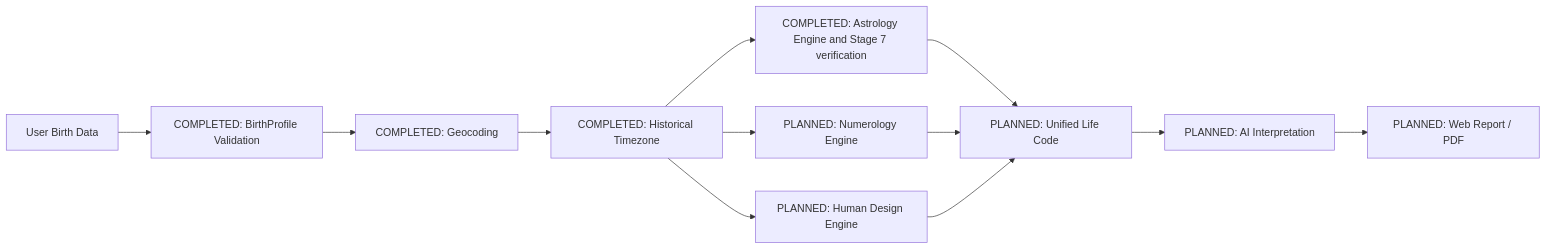
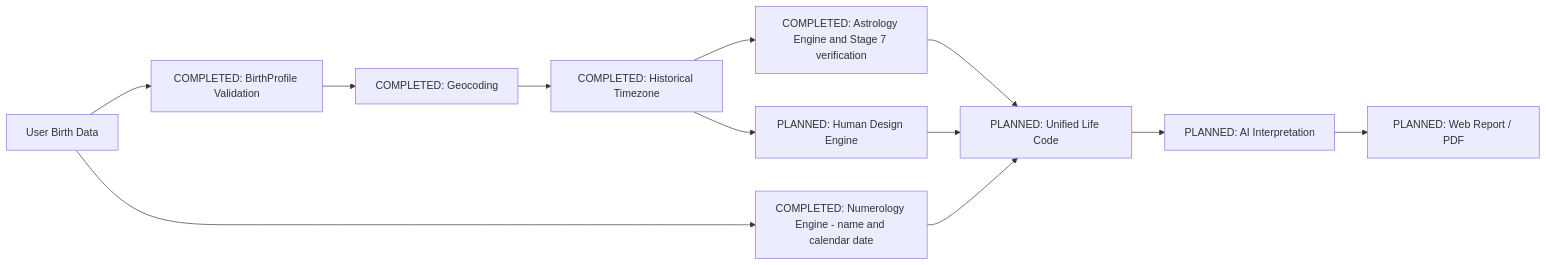
One commit to ismailbuzdan/yasam-kodu changed the diagram in docs/02_ARCHITECTURE.md. Above: the diagram before and after it, drawn with Mermaid. The commit also changed other lines of this file and 15 other files, not shown here.

Commit message:
feat: add deterministic numerology engine

````diff
--- a/docs/02_ARCHITECTURE.md
+++ b/docs/02_ARCHITECTURE.md
@@ -13,14 +13,14 @@
 ```mermaid
 flowchart LR
   A[User Birth Data] --> B[COMPLETED: BirthProfile Validation]
   B --> C[COMPLETED: Geocoding]
   C --> D[COMPLETED: Historical Timezone]
   D --> E[COMPLETED: Astrology Engine and Stage 7 verification]
-  D --> F[PLANNED: Numerology Engine]
+  A --> F[COMPLETED: Numerology Engine - name and calendar date]
   D --> G[PLANNED: Human Design Engine]
   E --> H[PLANNED: Unified Life Code]
   F --> H
   G --> H
   H --> I[PLANNED: AI Interpretation]
   I --> J[PLANNED: Web Report / PDF]
 ```
````
